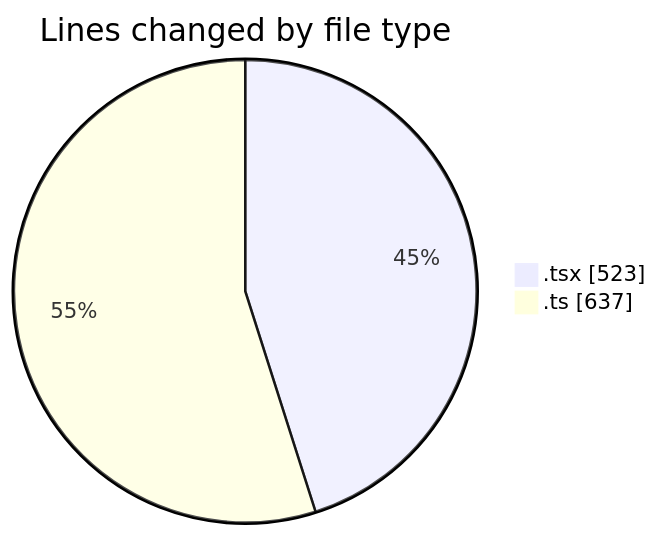
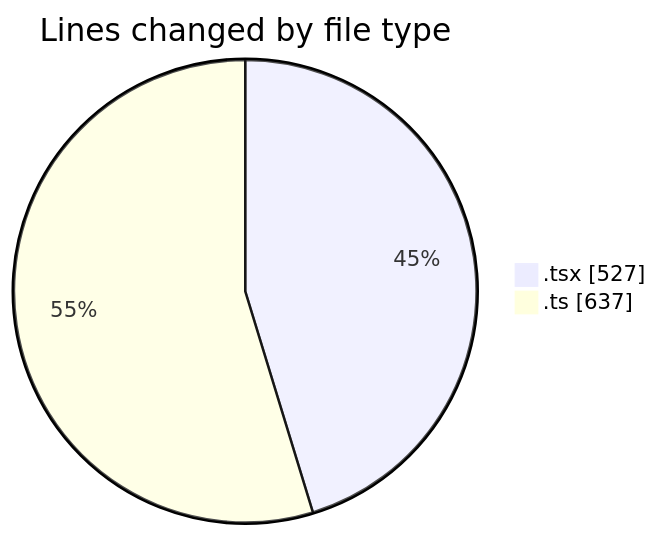
The first of 2 diagrams in 2026-02-24/nxtqube_webapp/README.md (nxtqubesakshisongat/code-tracking), drawn with Mermaid before and after one commit. The commit also changed other lines of this file and 1 other file, not shown here.

````diff
--- a/2026-02-24/nxtqube_webapp/README.md
+++ b/2026-02-24/nxtqube_webapp/README.md
@@ -24,6 +24,6 @@
 ```mermaid
 pie showData
 title Lines changed by file type
-".tsx" : 523
+".tsx" : 527
 ".ts" : 637
 ```
````
